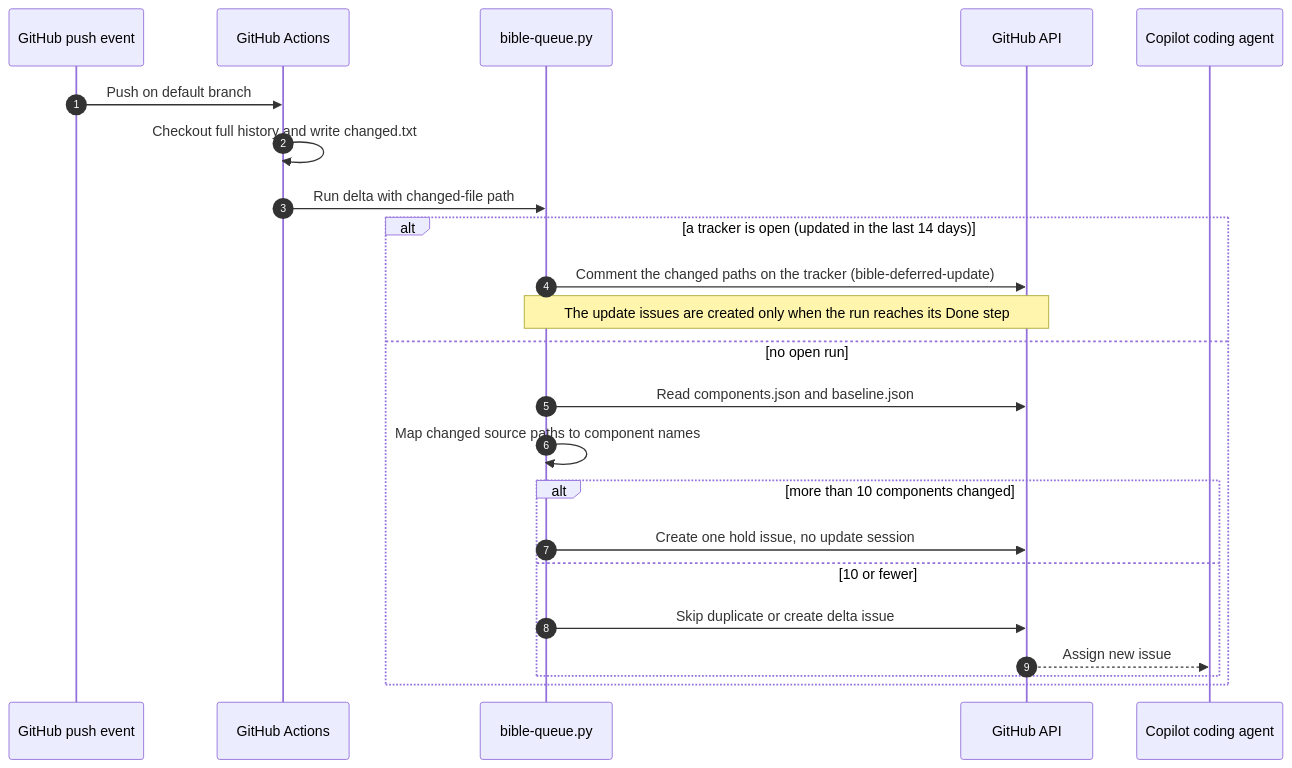
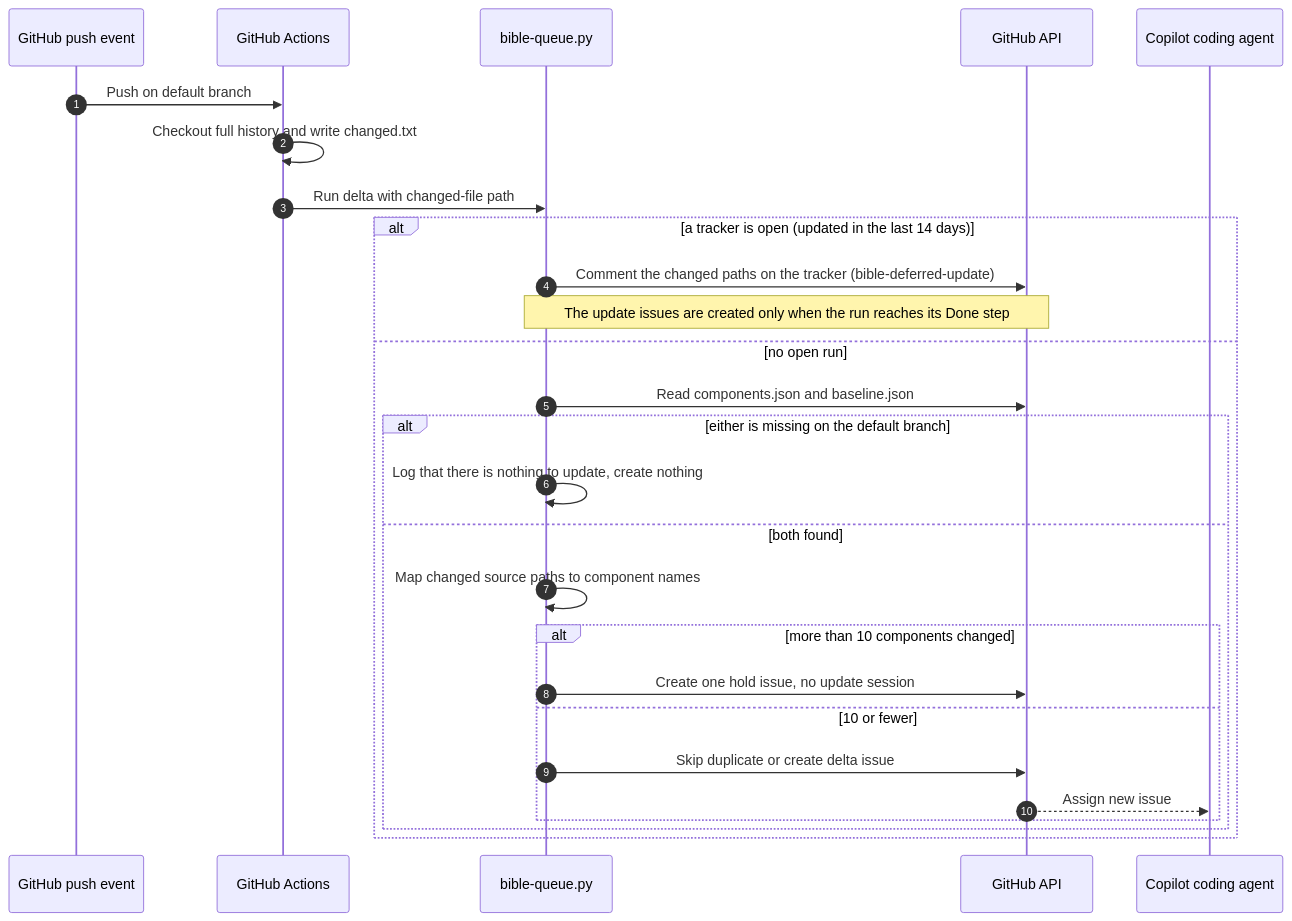
Before and after one commit to vishalc412/bible-mode-b-test: the fifth of 10 diagrams in codebase-analysis/hld/05-key-flows.md, drawn with Mermaid. The commit also changed other lines of this file and 41 other files, not shown here.

````diff
--- a/codebase-analysis/hld/05-key-flows.md
+++ b/codebase-analysis/hld/05-key-flows.md
@@ -244,25 +253,29 @@
 ```mermaid
 sequenceDiagram
   autonumber
   participant Git as GitHub push event
   participant Actions as GitHub Actions
   participant Queue as bible-queue.py
   participant API as GitHub API
   participant Agent as Copilot coding agent
   Git->>Actions: Push on default branch
   Actions->>Actions: Checkout full history and write changed.txt
   Actions->>Queue: Run delta with changed-file path
   alt a tracker is open (updated in the last 14 days)
     Queue->>API: Comment the changed paths on the tracker (bible-deferred-update)
     Note over Queue,API: The update issues are created only when the run reaches its Done step
   else no open run
     Queue->>API: Read components.json and baseline.json
-    Queue->>Queue: Map changed source paths to component names
-    alt more than 10 components changed
-      Queue->>API: Create one hold issue, no update session
-    else 10 or fewer
-      Queue->>API: Skip duplicate or create delta issue
-      API-->>Agent: Assign new issue
+    alt either is missing on the default branch
+      Queue->>Queue: Log that there is nothing to update, create nothing
+    else both found
+      Queue->>Queue: Map changed source paths to component names
+      alt more than 10 components changed
+        Queue->>API: Create one hold issue, no update session
+      else 10 or fewer
+        Queue->>API: Skip duplicate or create delta issue
+        API-->>Agent: Assign new issue
+      end
     end
   end
 ```
````
